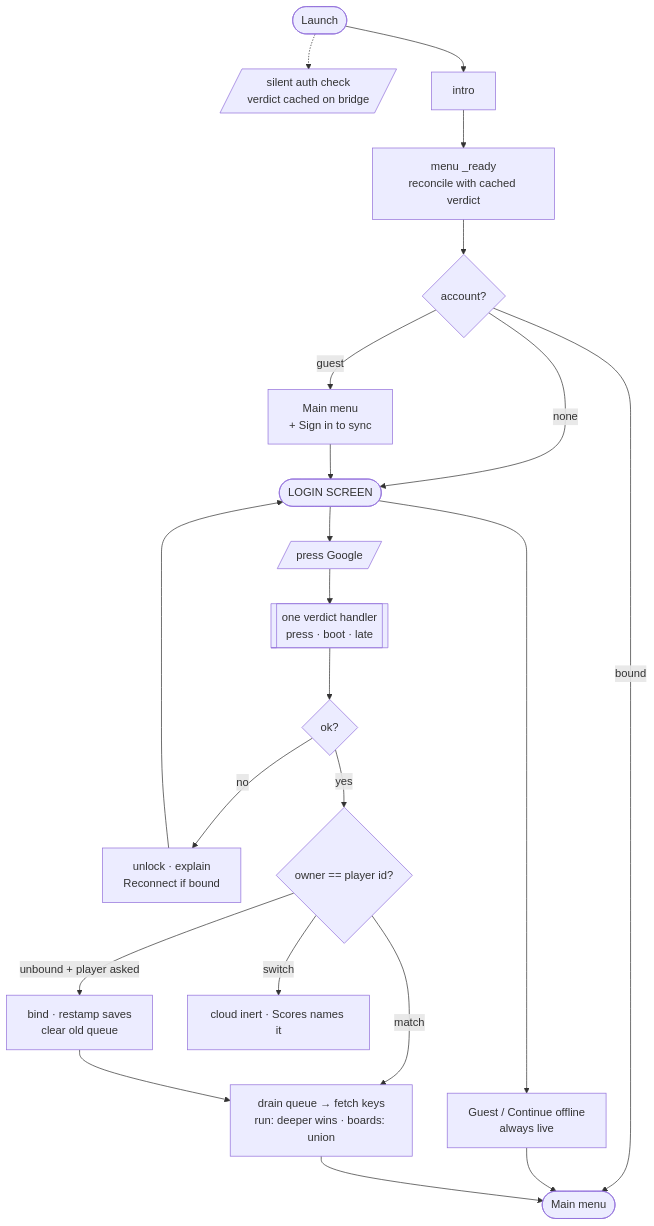
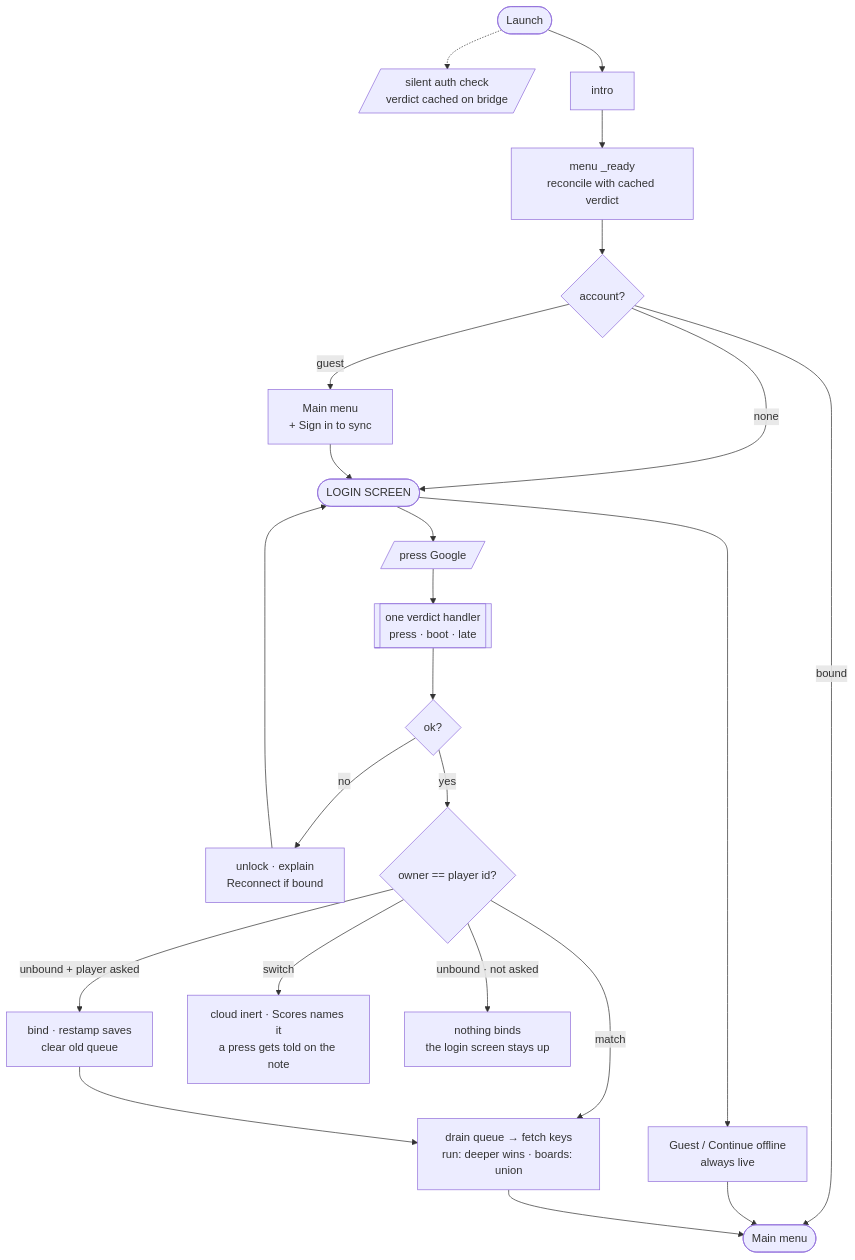
The first of 9 diagrams in docs/auth-flows.md (SharpMox/NO-KINGS), drawn with Mermaid before and after one commit. The commit also changed other lines of this file and 4 other files, not shown here.

````diff
--- a/docs/auth-flows.md
+++ b/docs/auth-flows.md
@@ -17,20 +17,21 @@
 ```mermaid
 flowchart TD
   L([Launch]) -.-> SILENT[/silent auth check<br/>verdict cached on bridge/]
   L --> INTRO[intro] --> RDY[menu _ready<br/>reconcile with cached verdict]
   RDY --> GATE{account?}
   GATE -->|none| SCREEN([LOGIN SCREEN])
   GATE -->|guest| MAINY[Main menu<br/>+ Sign in to sync]
   GATE -->|bound| MAIN([Main menu])
   SCREEN --> ESC[Guest / Continue offline<br/>always live] --> MAIN
   SCREEN --> PRESS[/press Google/] --> H[[one verdict handler<br/>press · boot · late]]
   MAINY --> SCREEN
   H --> OK{ok?}
   OK -->|no| RETRY[unlock · explain<br/>Reconnect if bound] --> SCREEN
   OK -->|yes| OWN{owner == player id?}
   OWN -->|unbound + player asked| BIND[bind · restamp saves<br/>clear old queue]
   OWN -->|match| SYNC[drain queue → fetch keys<br/>run: deeper wins · boards: union]
-  OWN -->|switch| INERT[cloud inert · Scores names it]
+  OWN -->|switch| INERT[cloud inert · Scores names it<br/>a press gets told on the note]
+  OWN -->|unbound · not asked| STAY[nothing binds<br/>the login screen stays up]
   BIND --> SYNC
   SYNC --> MAIN
 ```
````
